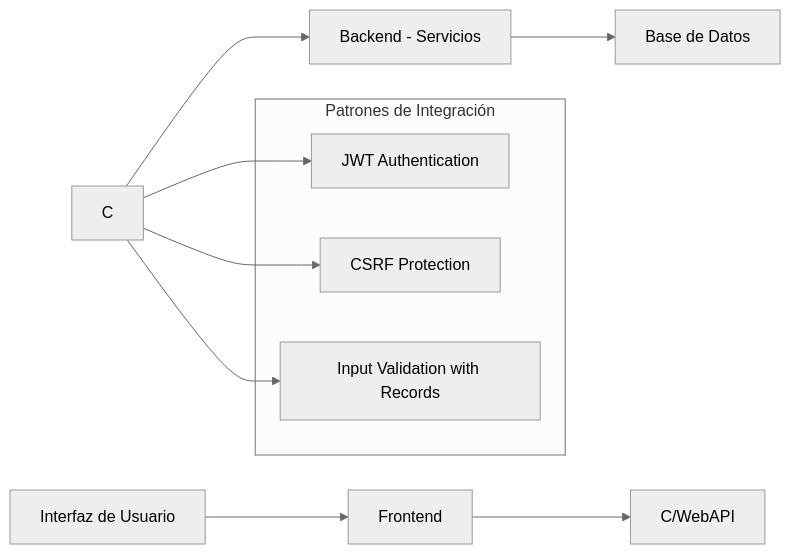
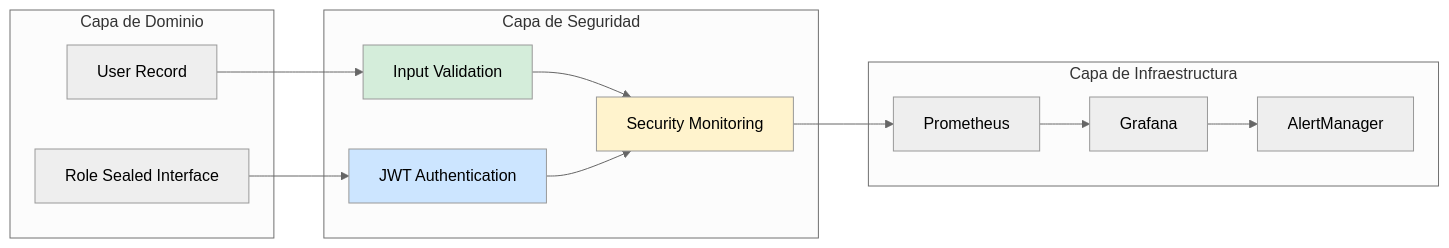
Before and after one commit to Joaquinriosheredia/DAM-Java-Mastery: the second of 3 diagrams in _Review/owasp_top_10_aplicado_a_java/owasp_top_10_aplicado_a_java.md, drawn with Mermaid (neutral theme). The commit also changed other lines of this file, not shown here.

````diff
--- a/_Review/owasp_top_10_aplicado_a_java/owasp_top_10_aplicado_a_java.md
+++ b/_Review/owasp_top_10_aplicado_a_java/owasp_top_10_aplicado_a_java.md
@@ -577,17 +155,31 @@
 ```mermaid
 graph LR
-    A[Interfaz de Usuario] --> B[Frontend]
-    B --> C/WebAPI
-    C --> D[Backend - Servicios]
-    D --> E[Base de Datos]
-
-    subgraph "Patrones de Integración"
-        F[JWT Authentication]
-        G[CSRF Protection]
-        H[Input Validation with Records]
+    subgraph "Capa de Dominio"
+        USER[User Record]
+        ROLE[Role Sealed Interface]
     end
-
-    C --> F
-    C --> G
-    C --> H
+    
+    subgraph "Capa de Seguridad"
+        VAL[Input Validation]
+        AUTH[JWT Authentication]
+        MON[Security Monitoring]
+    end
+    
+    subgraph "Capa de Infraestructura"
+        PROM[Prometheus]
+        GRAF[Grafana]
+        ALERT[AlertManager]
+    end
+    
+    USER --> VAL
+    ROLE --> AUTH
+    VAL --> MON
+    AUTH --> MON
+    MON --> PROM
+    PROM --> GRAF
+    GRAF --> ALERT
+    
+    style VAL fill:#d4edda
+    style AUTH fill:#cce5ff
+    style MON fill:#fff3cd
 ```
````
